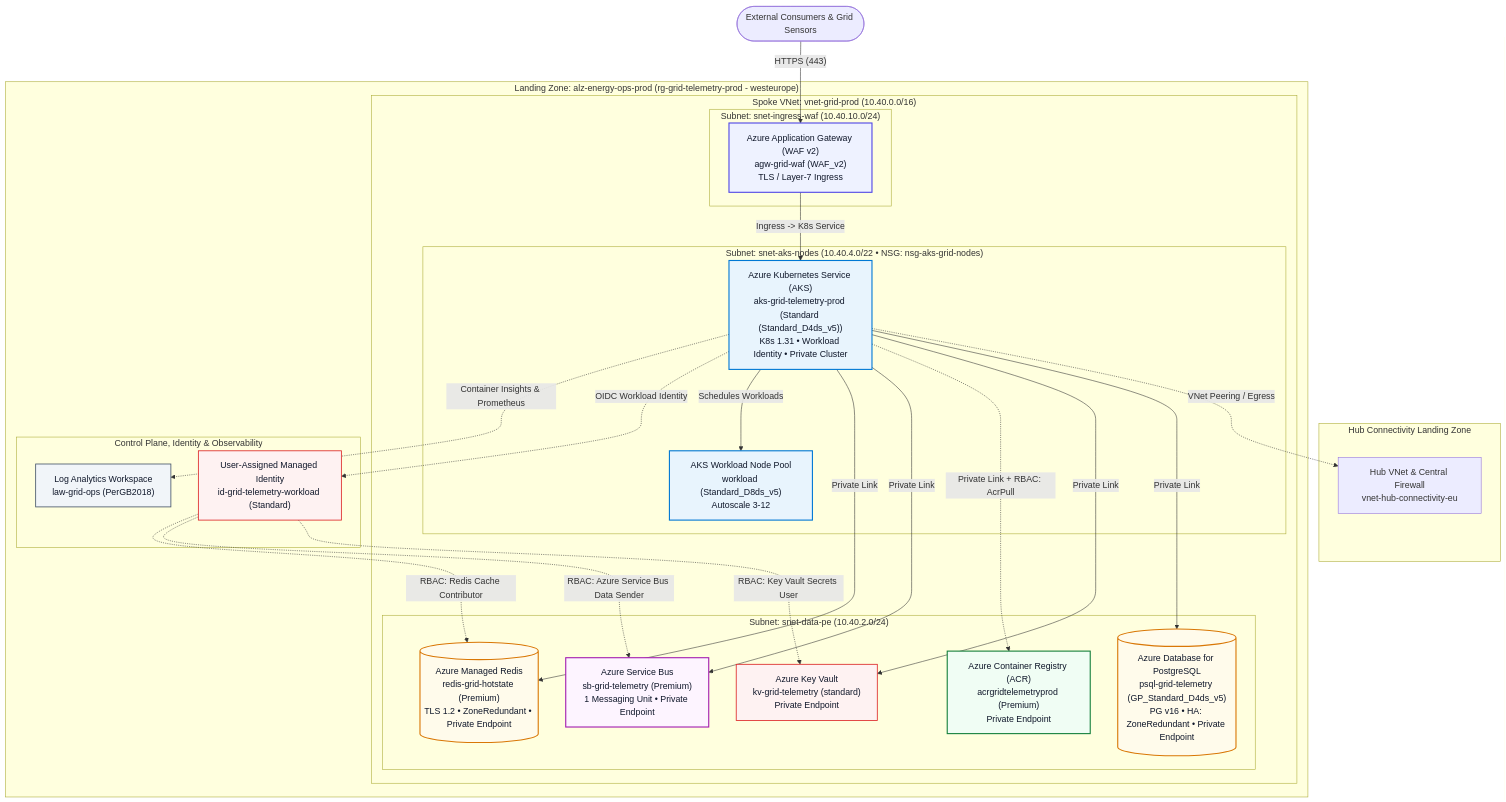
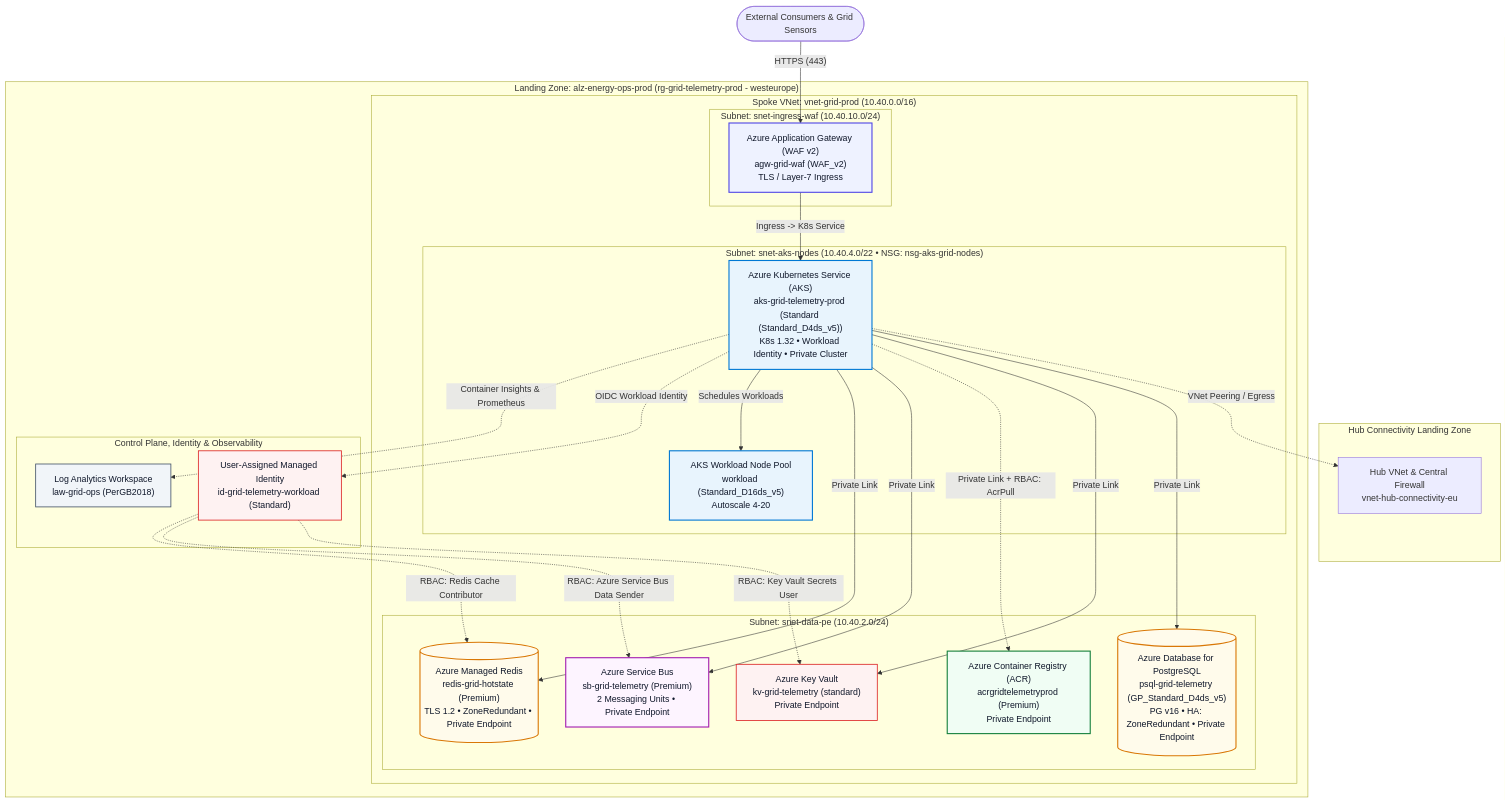
Before and after one commit to gitpavleenbali/dac-workload-modernization: the diagram in README.md, drawn with Mermaid. The commit also changed other lines of this file and 11 other files, not shown here.

````diff
--- a/README.md
+++ b/README.md
@@ -20,60 +20,60 @@
 ```mermaid
 flowchart TB
   ext_clients(["External Consumers & Grid Sensors"])
   subgraph sg_hub["Hub Connectivity Landing Zone"]
     hub_vnet["Hub VNet & Central Firewall<br/>vnet-hub-connectivity-eu"]
   end
   subgraph sg_rg["Landing Zone: alz-energy-ops-prod (rg-grid-telemetry-prod - westeurope)"]
     subgraph sg_vnet["Spoke VNet: vnet-grid-prod (10.40.0.0/16)"]
       subgraph sg_snet_aks_nodes["Subnet: snet-aks-nodes (10.40.4.0/22 • NSG: nsg-aks-grid-nodes)"]
-        aks_aks["Azure Kubernetes Service (AKS)<br/>aks-grid-telemetry-prod (Standard (Standard_D4ds_v5))<br/>K8s 1.31 • Workload Identity • Private Cluster"]
-        aks_node_pool_workload["AKS Workload Node Pool<br/>workload (Standard_D8ds_v5)<br/>Autoscale 3-12"]
+        aks_aks["Azure Kubernetes Service (AKS)<br/>aks-grid-telemetry-prod (Standard (Standard_D4ds_v5))<br/>K8s 1.32 • Workload Identity • Private Cluster"]
+        aks_node_pool_workload["AKS Workload Node Pool<br/>workload (Standard_D16ds_v5)<br/>Autoscale 4-20"]
       end
       subgraph sg_snet_ingress_waf["Subnet: snet-ingress-waf (10.40.10.0/24)"]
         app_gateway_waf_ingress["Azure Application Gateway (WAF v2)<br/>agw-grid-waf (WAF_v2)<br/>TLS / Layer-7 Ingress"]
       end
       subgraph sg_snet_data_pe["Subnet: snet-data-pe (10.40.2.0/24)"]
         acr_acr["Azure Container Registry (ACR)<br/>acrgridtelemetryprod (Premium)<br/>Private Endpoint"]
-        service_bus_sb["Azure Service Bus<br/>sb-grid-telemetry (Premium)<br/>1 Messaging Unit • Private Endpoint"]
+        service_bus_sb["Azure Service Bus<br/>sb-grid-telemetry (Premium)<br/>2 Messaging Units • Private Endpoint"]
         redis_hotstate[("Azure Managed Redis<br/>redis-grid-hotstate (Premium)<br/>TLS 1.2 • ZoneRedundant • Private Endpoint")]
         postgresql_db[("Azure Database for PostgreSQL<br/>psql-grid-telemetry (GP_Standard_D4ds_v5)<br/>PG v16 • HA: ZoneRedundant • Private Endpoint")]
         key_vault_kv["Azure Key Vault<br/>kv-grid-telemetry (standard)<br/>Private Endpoint"]
       end
     end
     subgraph sg_platform["Control Plane, Identity & Observability"]
       managed_identity_workload_mi["User-Assigned Managed Identity<br/>id-grid-telemetry-workload (Standard)"]
       log_analytics_law["Log Analytics Workspace<br/>law-grid-ops (PerGB2018)"]
     end
   end
   aks_aks -.->|"VNet Peering / Egress"| hub_vnet
   aks_aks -->|"Private Link"| postgresql_db
   aks_aks -->|"Private Link"| key_vault_kv
   aks_aks -.->|"Private Link + RBAC: AcrPull"| acr_acr
   aks_aks -->|"Private Link"| service_bus_sb
   aks_aks -->|"Private Link"| redis_hotstate
   managed_identity_workload_mi -.->|"RBAC: Key Vault Secrets User"| key_vault_kv
   managed_identity_workload_mi -.->|"RBAC: Azure Service Bus Data Sender"| service_bus_sb
   managed_identity_workload_mi -.->|"RBAC: Redis Cache Contributor"| redis_hotstate
   aks_aks -->|"Schedules Workloads"| aks_node_pool_workload
   ext_clients -->|"HTTPS (443)"| app_gateway_waf_ingress
   app_gateway_waf_ingress -->|"Ingress -> K8s Service"| aks_aks
   aks_aks -.->|"OIDC Workload Identity"| managed_identity_workload_mi
   aks_aks -.->|"Container Insights & Prometheus"| log_analytics_law
   classDef compute fill:#e8f4fd,stroke:#0078d4,stroke-width:2px,color:#0f172a;
   classDef ingress fill:#eef2ff,stroke:#4f46e5,stroke-width:2px,color:#0f172a;
   classDef containers fill:#f0fdf4,stroke:#15803d,stroke-width:2px,color:#0f172a;
   classDef data fill:#fffbeb,stroke:#d97706,stroke-width:2px,color:#0f172a;
   classDef messaging fill:#fdf4ff,stroke:#a21caf,stroke-width:2px,color:#0f172a;
   classDef security fill:#fef2f2,stroke:#dc2626,stroke-width:1.5px,color:#0f172a;
   classDef observability fill:#f1f5f9,stroke:#475569,stroke-width:1.5px,color:#0f172a;
   class app_gateway_waf_ingress ingress;
   class acr_acr containers;
   class managed_identity_workload_mi security;
   class aks_aks compute;
   class aks_node_pool_workload compute;
   class service_bus_sb messaging;
   class redis_hotstate data;
   class postgresql_db data;
   class key_vault_kv security;
   class log_analytics_law observability;
 ```
````
